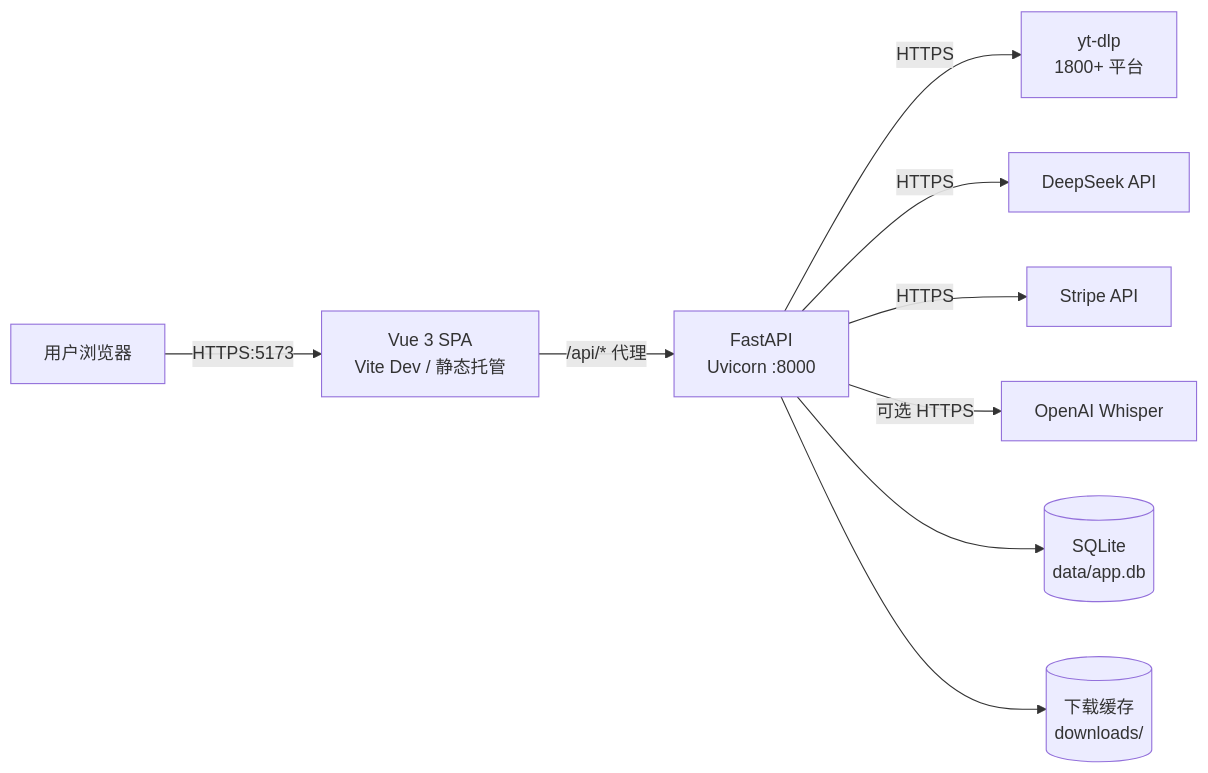
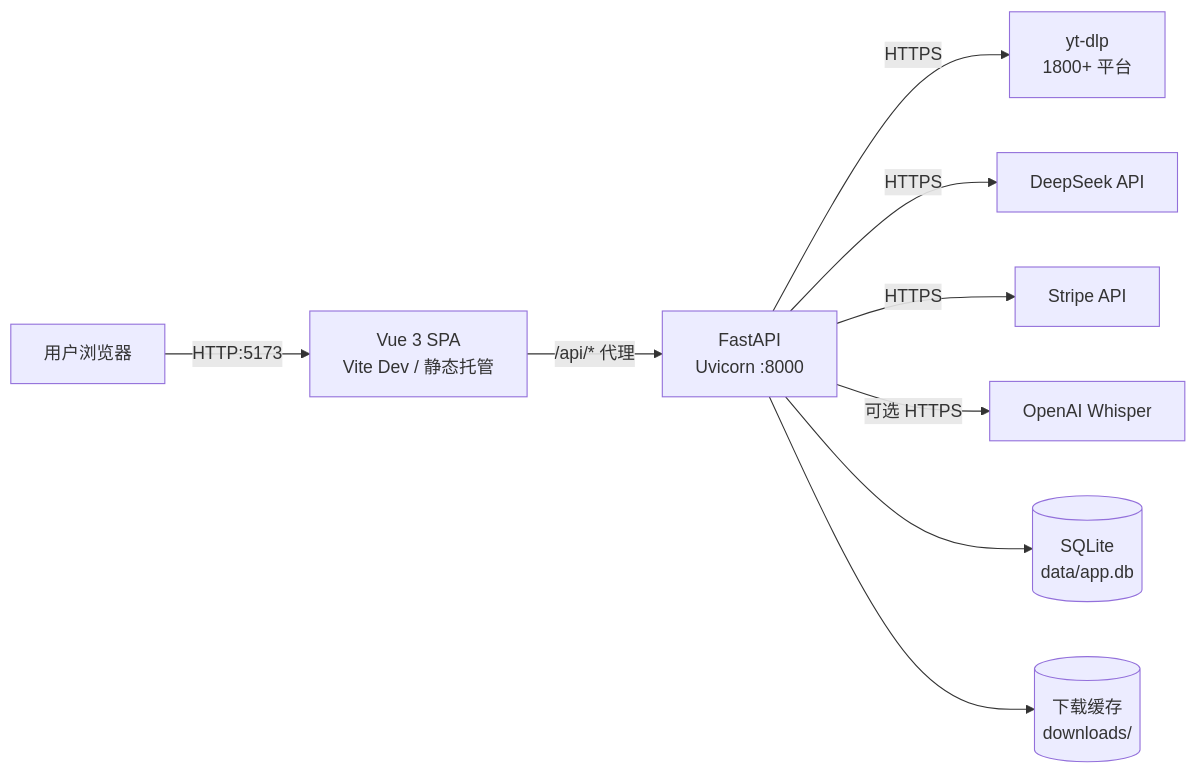
One commit to meisijiya/VidDigest changed the diagram in docs/OPERATIONS.md. Above: the diagram before and after it, drawn with Mermaid. The commit also changed other lines of this file and 6 other files, not shown here.

````diff
--- a/docs/OPERATIONS.md
+++ b/docs/OPERATIONS.md
@@ -32,11 +32,11 @@
 ```mermaid
 graph LR
-  U[用户浏览器] -->|HTTPS:5173| FE[Vue 3 SPA<br/>Vite Dev / 静态托管]
+  U[用户浏览器] -->|HTTP:5173| FE[Vue 3 SPA<br/>Vite Dev / 静态托管]
   FE -->|/api/* 代理| BE[FastAPI<br/>Uvicorn :8000]
   BE -->|HTTPS| YT[yt-dlp<br/>1800+ 平台]
   BE -->|HTTPS| DS[DeepSeek API]
   BE -->|HTTPS| ST[Stripe API]
   BE -->|可选 HTTPS| OA[OpenAI Whisper]
   BE --> DB[(SQLite<br/>data/app.db)]
   BE --> FS[(下载缓存<br/>downloads/)]
 ```
````
